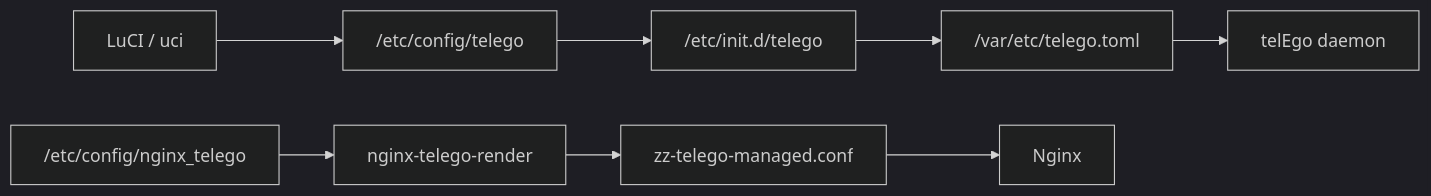
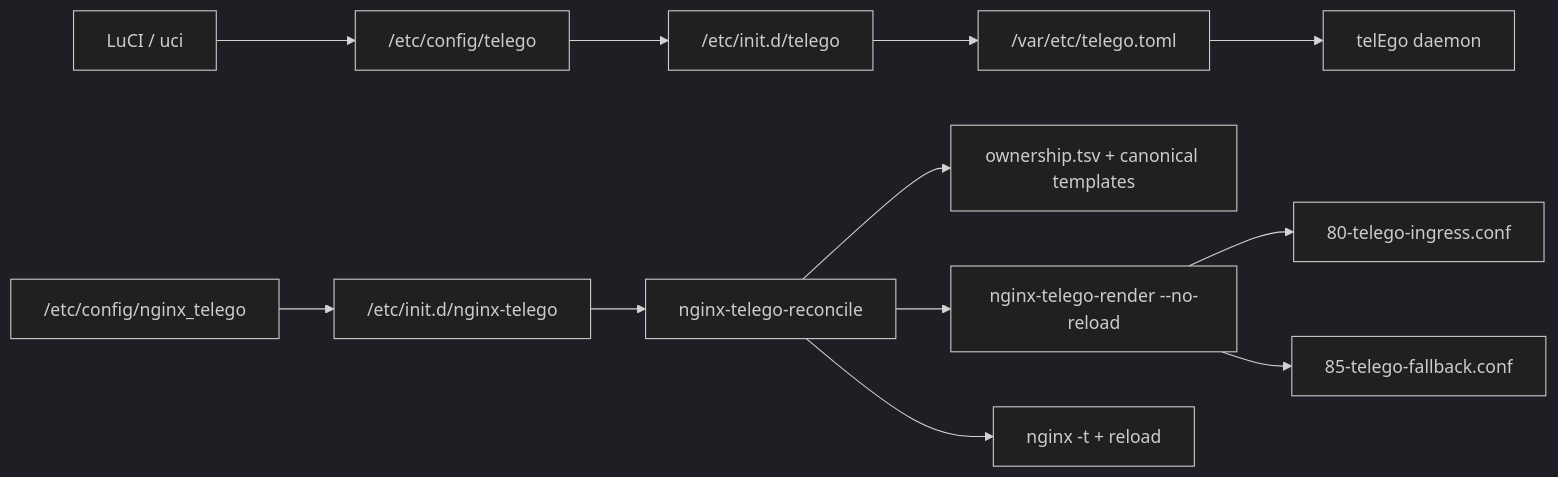
Before and after one commit to Ra1nek/telEgo-openwrt: the diagram in docs/CONFIGURATION_EN.md, drawn with Mermaid (dark theme). The commit also changed other lines of this file, not shown here.

Commit message:
docs(nginx): sync configuration guide with P6 P7

````diff
--- a/docs/CONFIGURATION_EN.md
+++ b/docs/CONFIGURATION_EN.md
@@ -31,11 +31,15 @@
 ```mermaid
 flowchart LR
     L["LuCI / uci"] --> U["/etc/config/telego"]
     U --> I["/etc/init.d/telego"]
     I --> T["/var/etc/telego.toml"]
     T --> D["telEgo daemon"]
 
-    NU["/etc/config/nginx_telego"] --> NR["nginx-telego-render"]
-    NR --> NC["zz-telego-managed.conf"]
-    NC --> N["Nginx"]
+    NU["/etc/config/nginx_telego"] --> RI["/etc/init.d/nginx-telego"]
+    RI --> RC["nginx-telego-reconcile"]
+    RC --> OWN["ownership.tsv + canonical templates"]
+    RC --> REN["nginx-telego-render --no-reload"]
+    REN --> ING["80-telego-ingress.conf"]
+    REN --> FB["85-telego-fallback.conf"]
+    RC --> N["nginx -t + reload"]
 ```
````
